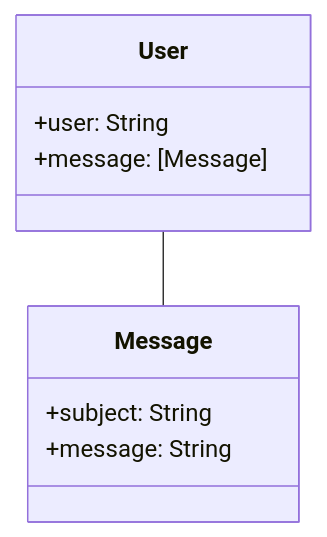
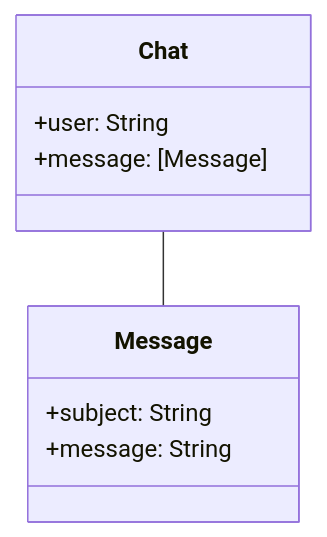
Before and after one commit to ignacioparadisi/lovevery-messages: the second of 5 diagrams in README.md, drawn with Mermaid. The commit also changed other lines of this file, not shown here.

Commit message:
Update README.md to use Chat instead of User

````diff
--- a/README.md
+++ b/README.md
@@ -38,12 +38,12 @@
 ```mermaid
 classDiagram
-	class User {
+	class Chat {
 		+user: String
 		+message: [Message]
 	}
 	class Message {
 		+subject: String 
 		+message: String 
 	}
-	User -- Message
+	Chat -- Message
 ```
````
